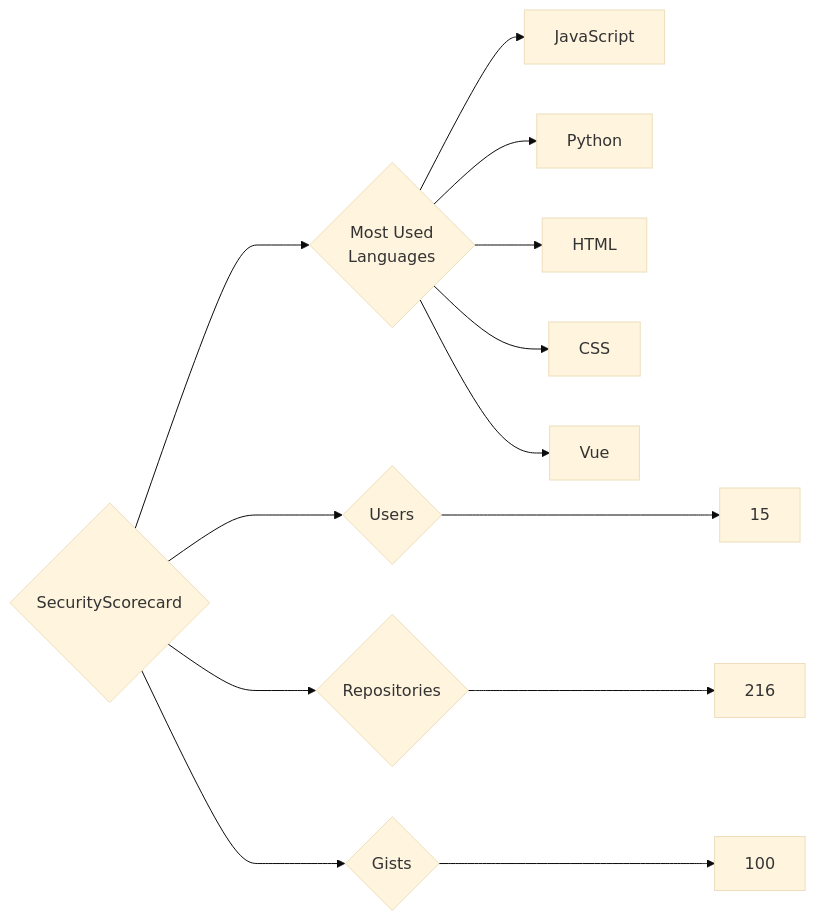
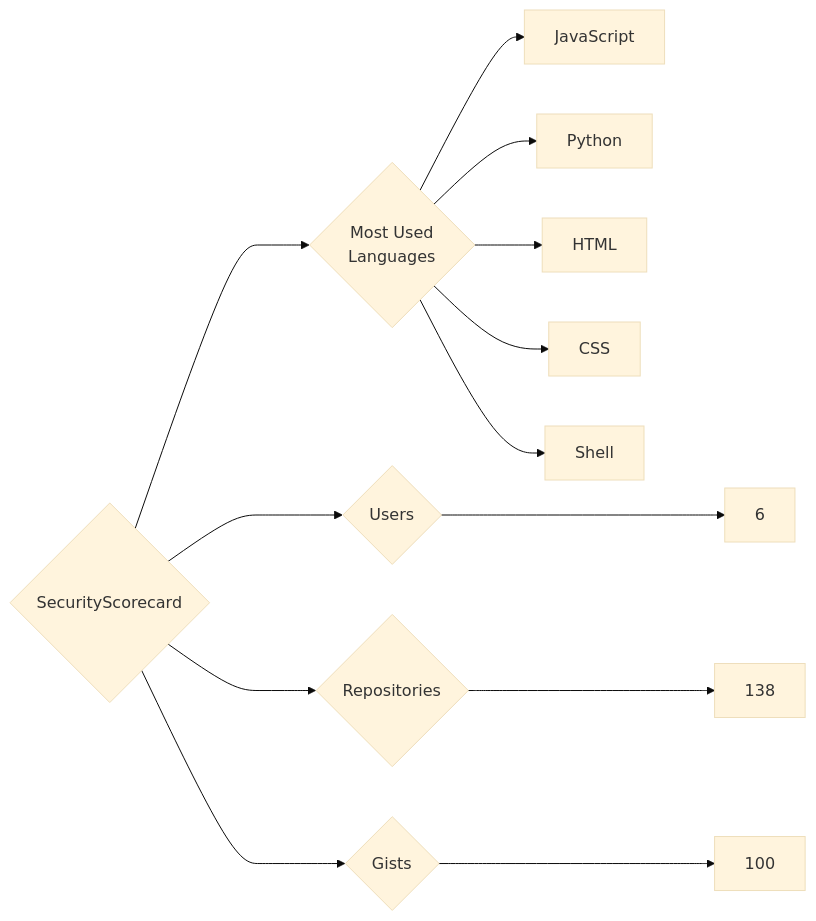
Before and after one commit to trickest/insiders: the diagram in targets/SecurityScorecard/README.md, drawn with Mermaid (base theme). The commit also changed 682 other files, not shown here.

````diff
--- a/targets/SecurityScorecard/README.md
+++ b/targets/SecurityScorecard/README.md
@@ -3,13 +3,13 @@
 ```mermaid
 graph LR
 COMPANY_NAME{SecurityScorecard}
-COMPANY_NAME ---> U{Users} ---> UN[15]
-COMPANY_NAME ---> R{Repositories} ---> RN[216]
+COMPANY_NAME ---> U{Users} ---> UN[6]
+COMPANY_NAME ---> R{Repositories} ---> RN[138]
 COMPANY_NAME ---> G{Gists} ---> GN[100]
 COMPANY_NAME ---> ML{Most Used<br>Languages}
 ML --> JavaScript[JavaScript]
 ML --> Python[Python]
 ML --> HTML[HTML]
 ML --> CSS[CSS]
-ML --> Vue[Vue]
+ML --> Shell[Shell]
 ```
````
